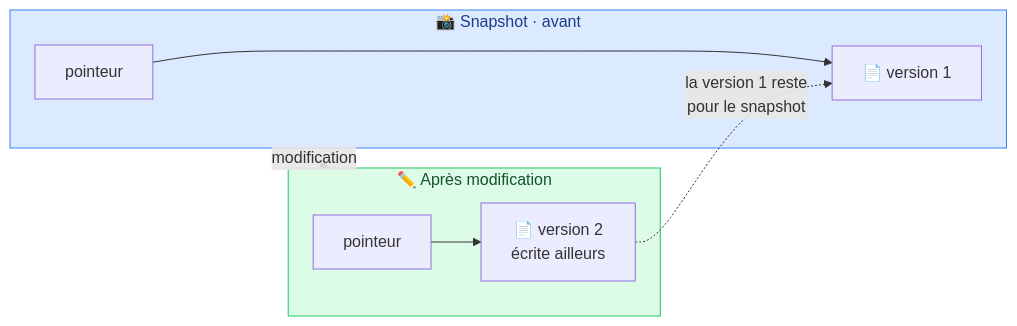
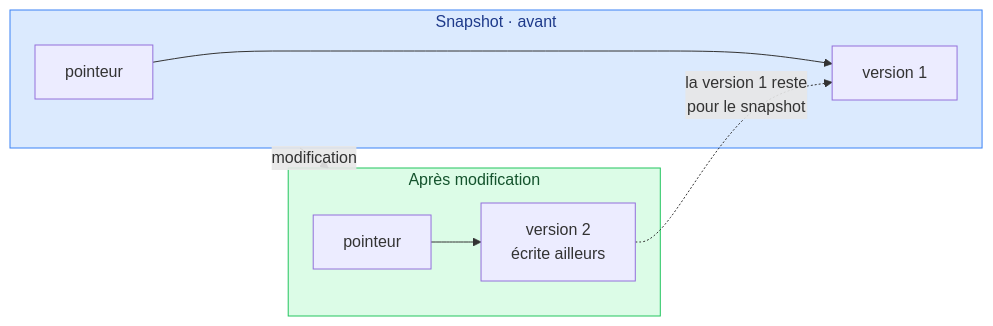
The third of 3 diagrams in methodologie-securite-it/linux/08-systemes-de-fichiers.md (GoobyWoobies/HEIA-IT), drawn with Mermaid before and after one commit. The commit also changed other lines of this file and 24 other files, not shown here.

````diff
--- a/methodologie-securite-it/linux/08-systemes-de-fichiers.md
+++ b/methodologie-securite-it/linux/08-systemes-de-fichiers.md
@@ -134,14 +134,14 @@
 ```mermaid
 flowchart LR
-    subgraph AVANT["📸 Snapshot · avant"]
-        P1["pointeur"] --> V1["📄 version 1"]
+    subgraph AVANT["Snapshot · avant"]
+        P1["pointeur"] --> V1["version 1"]
     end
-    subgraph APRES["✏️ Après modification"]
-        P2["pointeur"] --> V2["📄 version 2<br/>écrite ailleurs"]
+    subgraph APRES["Après modification"]
+        P2["pointeur"] --> V2["version 2<br/>écrite ailleurs"]
     end
     AVANT -->|"modification"| APRES
     V2 -.->|"la version 1 reste<br/>pour le snapshot"| V1
 
     style AVANT fill:#dbeafe,stroke:#3b82f6,color:#1e3a8a
     style APRES fill:#dcfce7,stroke:#22c55e,color:#14532d
 ```
````
